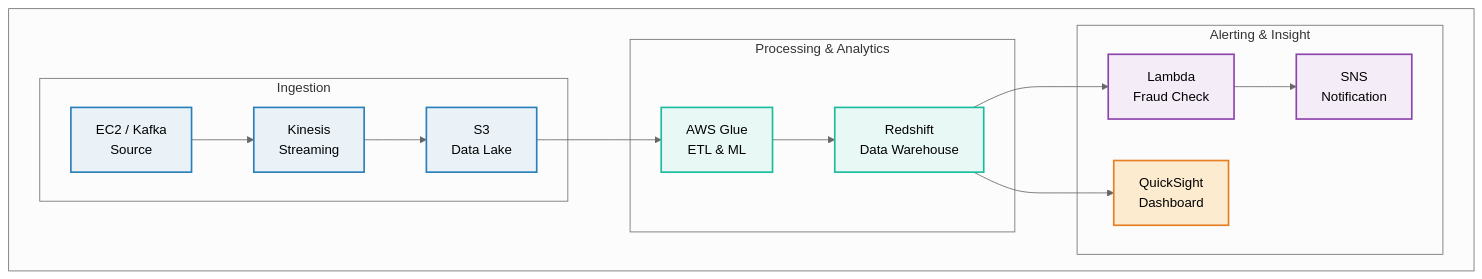
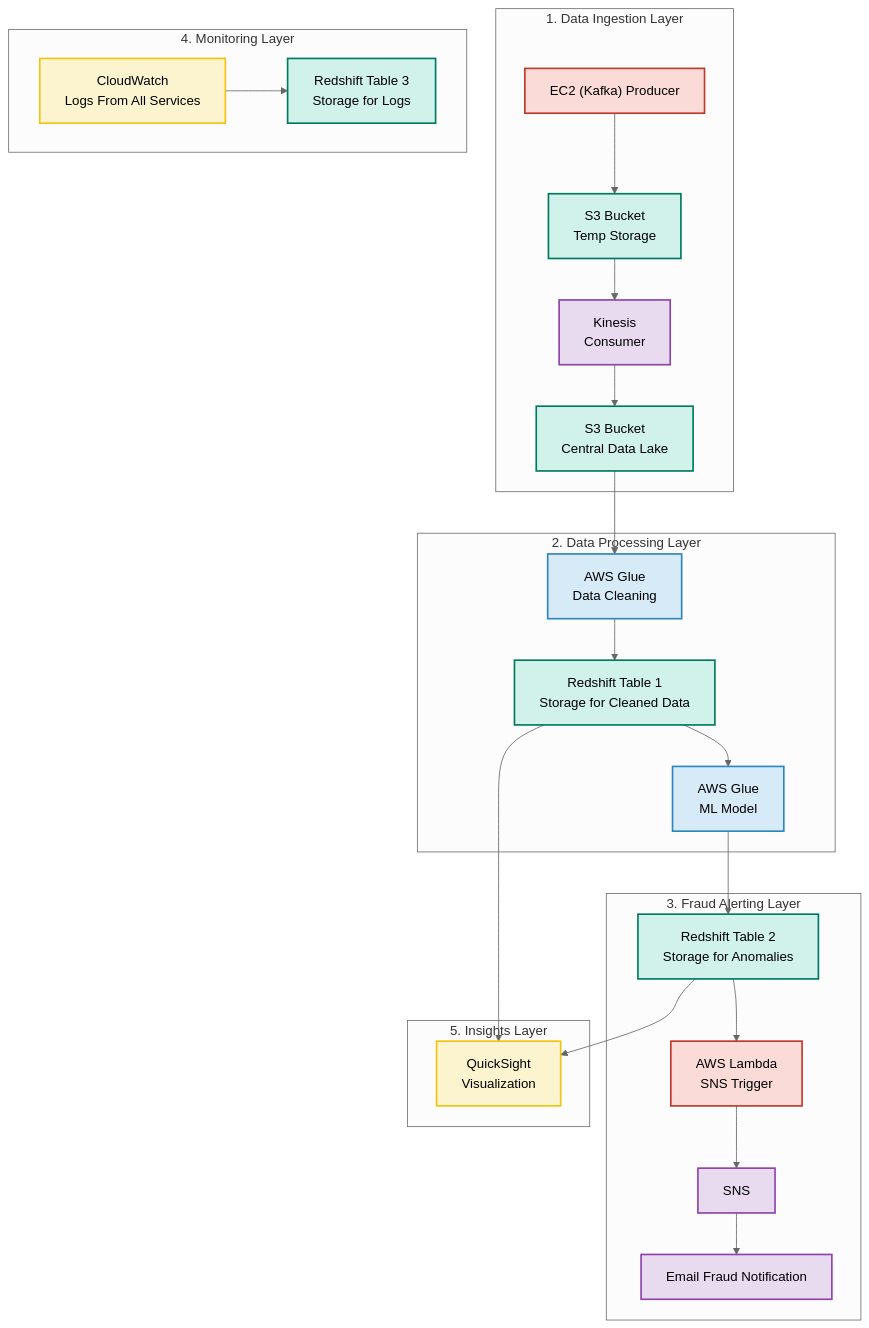
Before and after one commit to Fraud-Detection-ITI-Project/Fraud-Detection-ITI-Graduation-Project: the diagram in README.md, drawn with Mermaid (neutral theme). The commit also changed other lines of this file, not shown here.

````diff
--- a/README.md
+++ b/README.md
@@ -44,34 +44,47 @@
 ```mermaid
 graph TD
-    subgraph " "
-        direction LR
-        subgraph "Ingestion"
-            A[EC2 / Kafka<br/>Source] --> B[Kinesis<br/>Streaming]
-            B --> C[S3<br/>Data Lake]
-        end
 
-        subgraph "Processing & Analytics"
-            D[AWS Glue<br/>ETL & ML] --> E[Redshift<br/>Data Warehouse]
-        end
-
-        subgraph "Alerting & Insight"
-            F[Lambda<br/>Fraud Check] --> G[SNS<br/>Notification]
-            E --> H[QuickSight<br/>Dashboard]
-        end
+    subgraph "1. Data Ingestion Layer"
+        A1["EC2 (Kafka) Producer"] --> A2["S3 Bucket<br/>Temp Storage"]
+        A2 --> A3["Kinesis<br/>Consumer"]
+        A3 --> A4["S3 Bucket<br/>Central Data Lake"]
     end
 
-    %% --- Connections ---
-    C --> D
-    E --> F
+    subgraph "2. Data Processing Layer"
+        B1["AWS Glue<br/>Data Cleaning"] --> B2["Redshift Table 1<br/>Storage for Cleaned Data"]
+        B2 --> B3["AWS Glue<br/>ML Model"]
+    end
+
+    subgraph "3. Fraud Alerting Layer"
+        C1["Redshift Table 2<br/>Storage for Anomalies"] --> C2["AWS Lambda<br/>SNS Trigger"]
+        C2 --> C3["SNS"]
+        C3 --> C4["Email Fraud Notification"]
+    end
+
+    subgraph "4. Monitoring Layer"
+        D1["CloudWatch<br/>Logs From All Services"] --> D2["Redshift Table 3<br/>Storage for Logs"]
+    end
+
+    subgraph "5. Insights Layer"
+        E1["QuickSight<br/>Visualization"]
+    end
+
+    %% --- Inter-Layer Connections ---
+    A4 --> B1
+    B3 --> C1
+    B2 --> E1
+    C1 --> E1
 
     %% --- Styling ---
-    classDef source fill:#EAF2F8,stroke:#2980B9,stroke-width:2px;
-    classDef processing fill:#E8F8F5,stroke:#1ABC9C,stroke-width:2px;
-    classDef alerting fill:#F4ECF7,stroke:#8E44AD,stroke-width:2px;
-    classDef analytics fill:#FDEBD0,stroke:#E67E22,stroke-width:2px;
+    classDef storage fill:#D1F2EB,stroke:#007A5E,stroke-width:2px;
+    classDef compute fill:#FADBD8,stroke:#C0392B,stroke-width:2px;
+    classDef serverless fill:#D6EAF8,stroke:#2E86C1,stroke-width:2px;
+    classDef analytics fill:#FCF3CF,stroke:#F1C40F,stroke-width:2px;
+    classDef messaging fill:#E8DAEF,stroke:#8E44AD,stroke-width:2px;
 
-    class A,B,C source;
-    class D,E processing;
-    class F,G alerting;
-    class H analytics;
+    class A1,C2 compute;
+    class A2,A4,B2,C1,D2 storage;
+    class B1,B3 serverless;
+    class A3,C3,C4 messaging;
+    class D1,E1 analytics;
 ```
````
